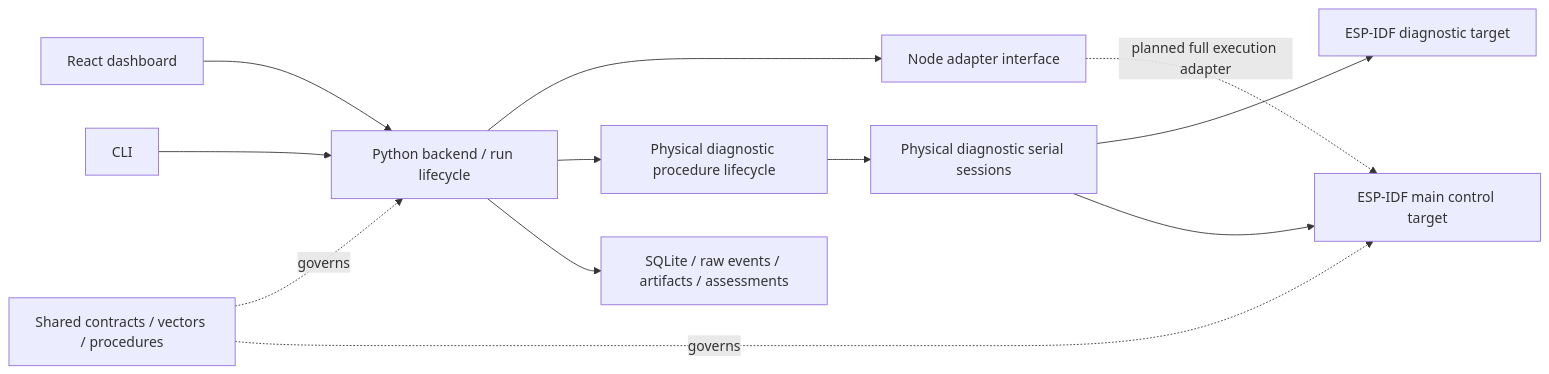
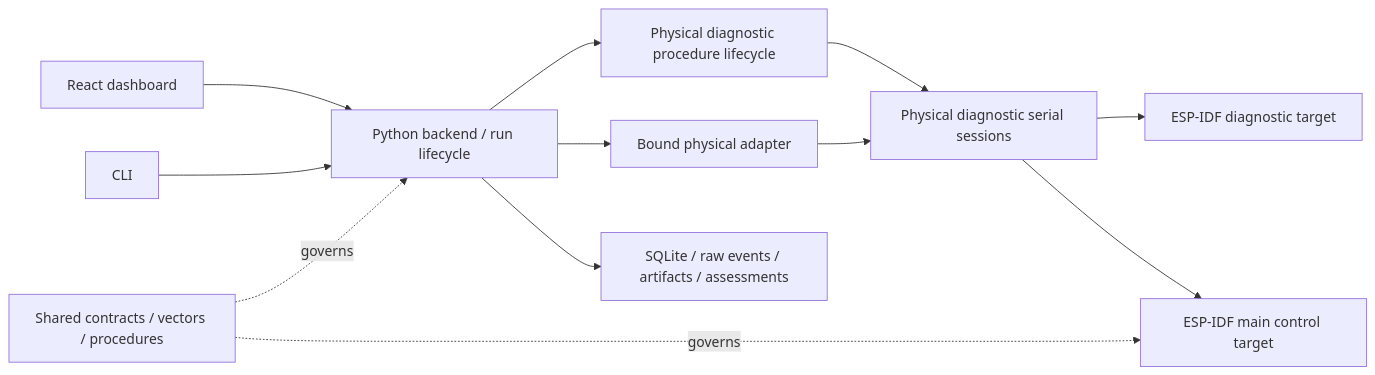
Before and after one commit to angel-vazquez18/ESP_LoRaLab: the diagram in docs/architecture.md, drawn with Mermaid. The commit also changed other lines of this file and 4 other files, not shown here.

````diff
--- a/docs/architecture.md
+++ b/docs/architecture.md
@@ -8,14 +8,14 @@
 ```mermaid
 flowchart LR
     UI[React dashboard] --> HOST[Python backend / run lifecycle]
     CLI[CLI] --> HOST
-    HOST --> ADAPTER[Node adapter interface]
+    HOST --> ADAPTER[Bound physical adapter]
     HOST --> CHECK[Physical diagnostic procedure lifecycle]
     CHECK --> SERIAL[Physical diagnostic serial sessions]
     SERIAL --> DIAG[ESP-IDF diagnostic target]
     SERIAL --> NODE[ESP-IDF main control target]
-    ADAPTER -. planned full execution adapter .-> NODE
+    ADAPTER --> SERIAL
     HOST --> EVIDENCE[SQLite / raw events / artifacts / assessments]
     CONTRACT[Shared contracts / vectors / procedures] -. governs .-> HOST
     CONTRACT -. governs .-> NODE
 ```
````
